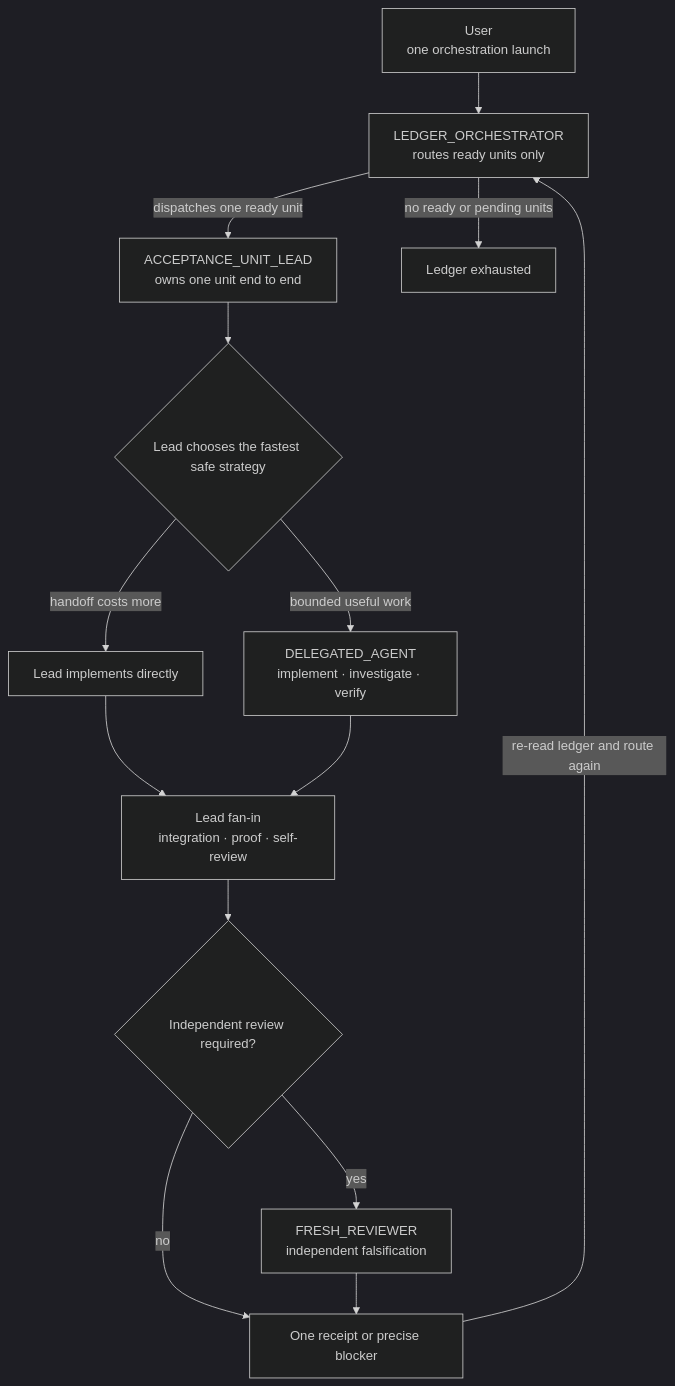
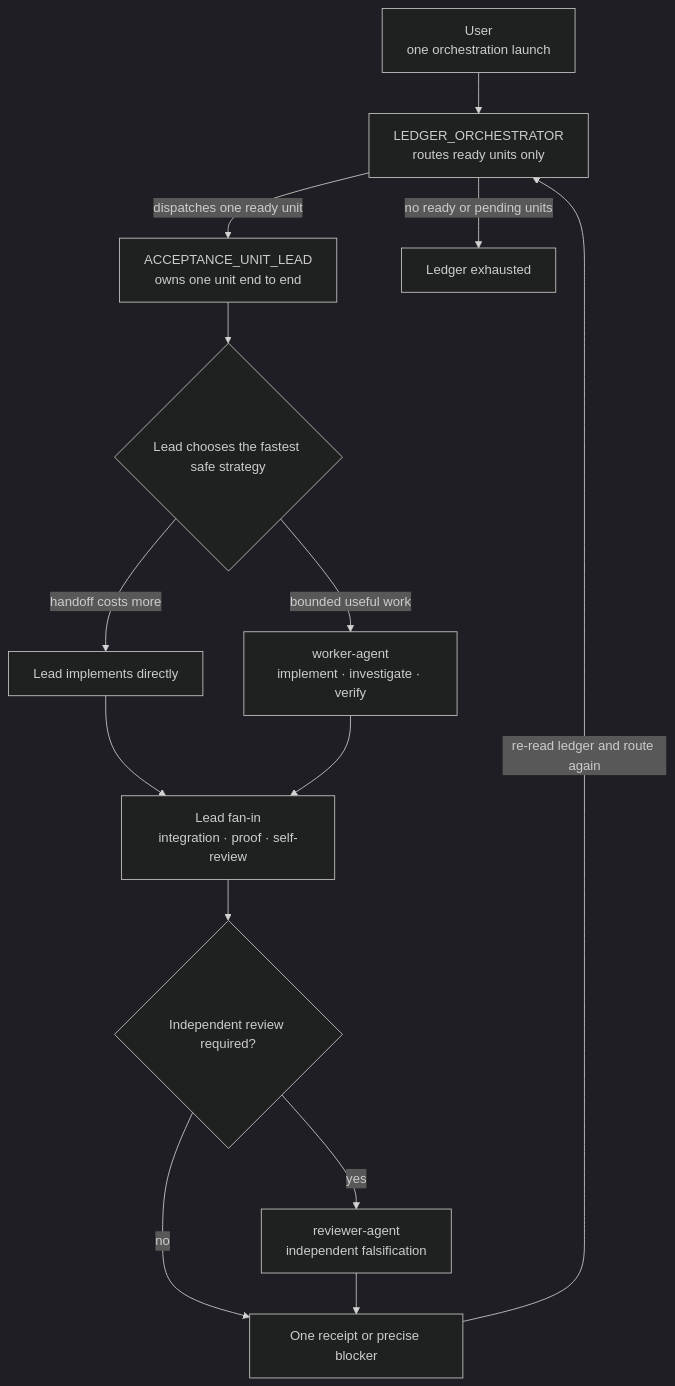
One commit to Dankosik/go-service-template-rest changed the second of 2 diagrams in README.md. Above: the diagram before and after it, drawn with Mermaid (dark theme). The commit also changed other lines of this file and 55 other files, not shown here.

````diff
--- a/README.md
+++ b/README.md
@@ -227,28 +227,28 @@
 ```mermaid
 flowchart TD
     user["User<br/>one orchestration launch"]
     orchestrator["LEDGER_ORCHESTRATOR<br/>routes ready units only"]
     lead["ACCEPTANCE_UNIT_LEAD<br/>owns one unit end to end"]
     strategy{"Lead chooses the fastest safe strategy"}
     direct["Lead implements directly"]
-    delegated["DELEGATED_AGENT<br/>implement · investigate · verify"]
+    delegated["worker-agent<br/>implement · investigate · verify"]
     fanin["Lead fan-in<br/>integration · proof · self-review"]
     review{"Independent review required?"}
-    reviewer["FRESH_REVIEWER<br/>independent falsification"]
+    reviewer["reviewer-agent<br/>independent falsification"]
     receipt["One receipt or precise blocker"]
     done["Ledger exhausted"]
 
     user --> orchestrator
     orchestrator -->|"dispatches one ready unit"| lead
     lead --> strategy
     strategy -->|"handoff costs more"| direct
     strategy -->|"bounded useful work"| delegated
     direct --> fanin
     delegated --> fanin
     fanin --> review
     review -->|"yes"| reviewer
     review -->|"no"| receipt
     reviewer --> receipt
     receipt -->|"re-read ledger and route again"| orchestrator
     orchestrator -->|"no ready or pending units"| done
 ```
````
